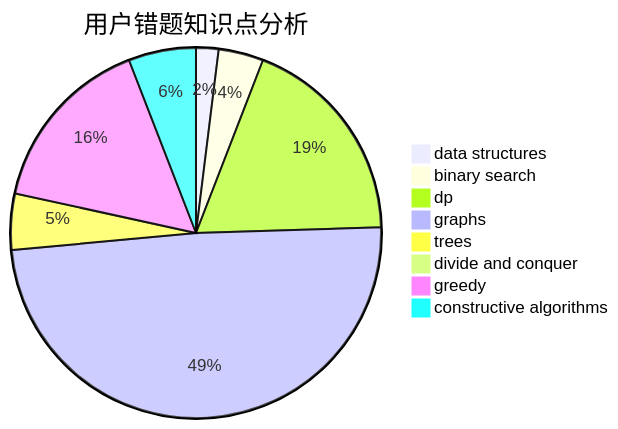
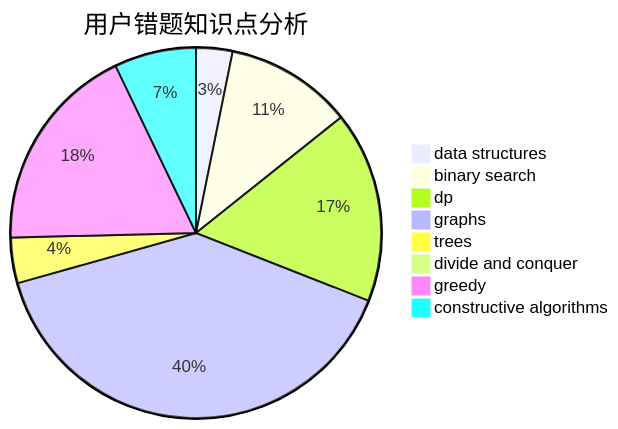
The third of 3 diagrams in docs/user/u2417.md (sherpahu/cfrs.github.io), drawn with Mermaid before and after one commit. The commit also changed other lines of this file and 2770 other files, not shown here.

````diff
--- a/docs/user/u2417.md
+++ b/docs/user/u2417.md
@@ -36,11 +36,11 @@
 ```mermaid
 pie title 用户错题知识点分析
-    "data structures" :  2
-    "binary search" :  4
-    "dp" :  19
+    "data structures" :  4
+    "binary search" :  14
+    "dp" :  21
     "graphs" :  50
     "trees" :  5
     "divide and conquer" :  0
-    "greedy" :  16
-    "constructive algorithms" :  6
+    "greedy" :  23
+    "constructive algorithms" :  9
 ```
````
